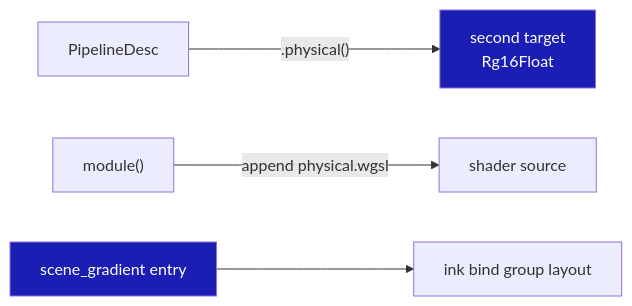
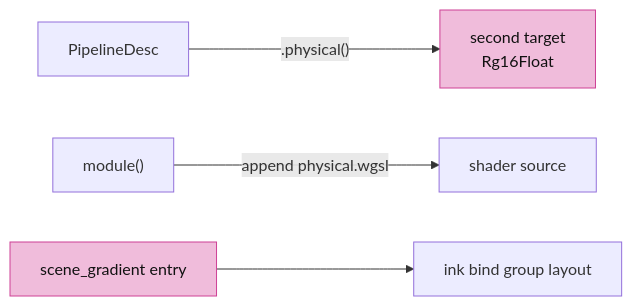
Diagram 12 of 15 in session_viewer/docs/05-visibility.md (petrasvestartas/session), drawn with Mermaid before and after one commit. The commit also changed other lines of this file and 23 other files, not shown here.

Commit message:
Course: Mermaid nodes white with black text, highlighted nodes pink, white arrows and edge labels on the black ground

````diff
--- a/session_viewer/docs/05-visibility.md
+++ b/session_viewer/docs/05-visibility.md
@@ -218,8 +218,8 @@
 ```mermaid
 flowchart LR
     D["PipelineDesc"] -- ".physical()" --> P["second target<br/>Rg16Float"]
     M["module()"] -- "append physical.wgsl" --> S["shader source"]
     L["scene_gradient entry"] --> B["ink bind group layout"]
-    style P fill:#1a1eb2,color:#fff
-    style L fill:#1a1eb2,color:#fff
+    style P fill:#f0bcdb,stroke:#ce4095,color:#111
+    style L fill:#f0bcdb,stroke:#ce4095,color:#111
 ```
````
